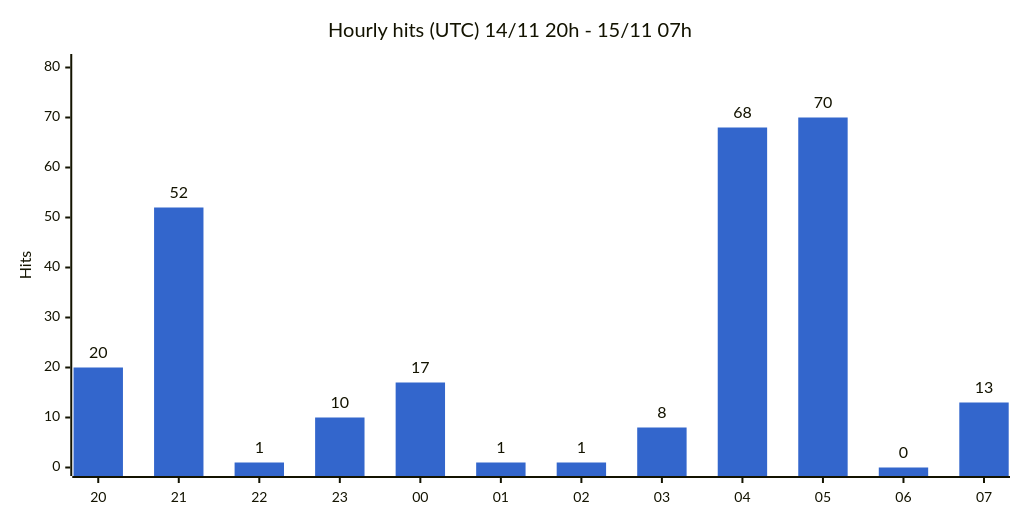
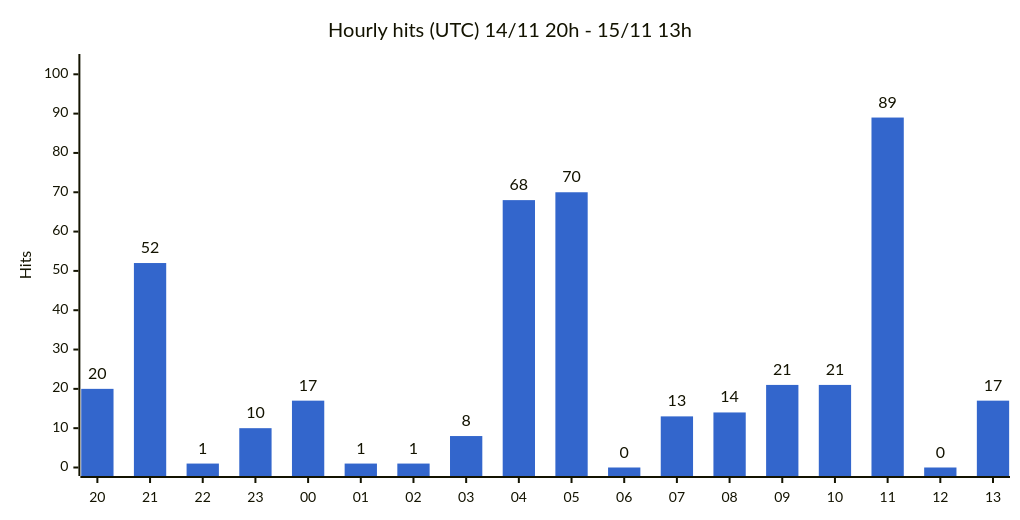
The first of 3 diagrams in docs/stats.md (gmoulard/wikipedia2book), drawn with Mermaid before and after one commit. The commit also changed other lines of this file and 1 other file, not shown here.

Commit message:
stats: deploy 2026-11-15 13:13 UTC

````diff
--- a/docs/stats.md
+++ b/docs/stats.md
@@ -15,8 +17,8 @@
 ```mermaid
 %%{init: {"xyChart": {"width": 1000, "showDataLabel": true, "showDataLabelOutsideBar": true}, "themeVariables": {"xyChart": {"plotColorPalette": "#3366cc"}}}}%%
 xychart-beta
-    title "Hourly hits (UTC) 14/11 20h - 15/11 07h"
-    x-axis ["20", "21", "22", "23", "00", "01", "02", "03", "04", "05", "06", "07"]
-    y-axis "Hits" 0 --> 81
-    bar [20, 52, 1, 10, 17, 1, 1, 8, 68, 70, 0, 13]
+    title "Hourly hits (UTC) 14/11 20h - 15/11 13h"
+    x-axis ["20", "21", "22", "23", "00", "01", "02", "03", "04", "05", "06", "07", "08", "09", "10", "11", "12", "13"]
+    y-axis "Hits" 0 --> 103
+    bar [20, 52, 1, 10, 17, 1, 1, 8, 68, 70, 0, 13, 14, 21, 21, 89, 0, 17]
 ```
````
